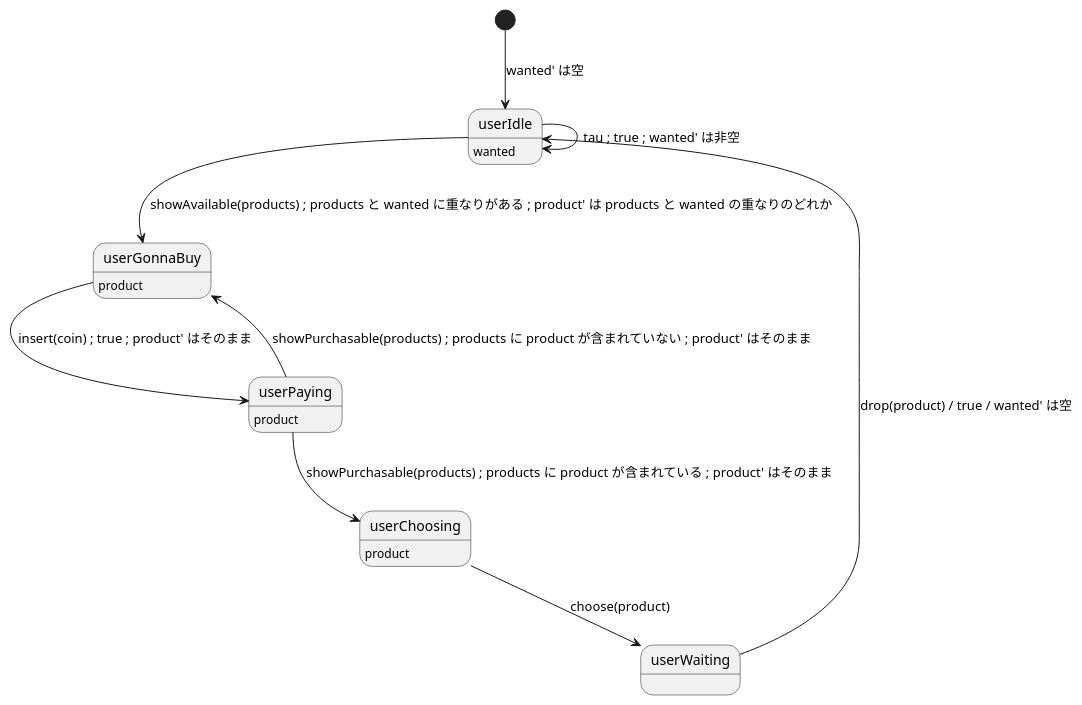
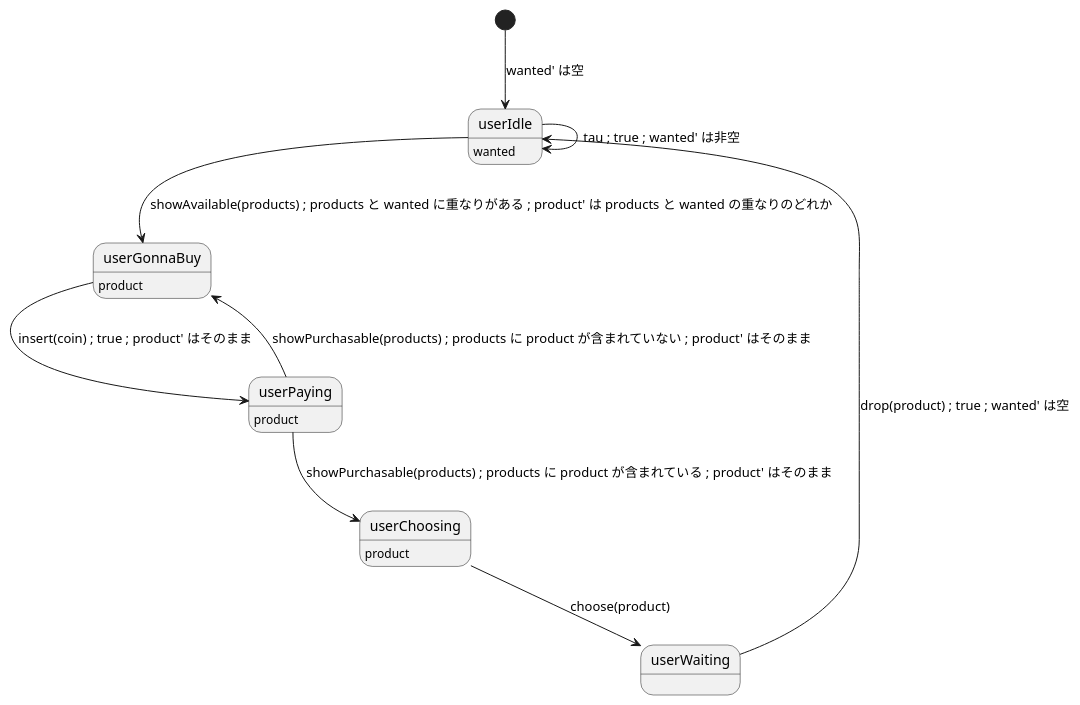
Before and after one commit to Kuniwak/puml-parallel: the diagram in examples/user.puml, drawn with PlantUML. The commit also changed 1 other file, not shown here.

```diff
--- a/examples/user.puml
+++ b/examples/user.puml
@@ -1,22 +1,22 @@
 @startuml
 
 state "userIdle" as userIdle
 userIdle: wanted
 state "userGonnaBuy" as userGonnaBuy
 userGonnaBuy: product
 state "userPaying" as userPaying
 userPaying: product
 state "userChoosing" as userChoosing
 userChoosing: product
 state "userWaiting" as userWaiting
 
 [*] --> userIdle : wanted' は空
 userIdle --> userIdle : tau ; true ; wanted' は非空
 userIdle --> userGonnaBuy : showAvailable(products) ; products と wanted に重なりがある ; product' は products と wanted の重なりのどれか
 userGonnaBuy --> userPaying : insert(coin) ; true ; product' はそのまま
 userPaying --> userGonnaBuy : showPurchasable(products) ; products に product が含まれていない ; product' はそのまま
 userPaying --> userChoosing : showPurchasable(products) ; products に product が含まれている ; product' はそのまま
 userChoosing --> userWaiting : choose(product)
-userWaiting --> userIdle : drop(product) / true / wanted' は空
+userWaiting --> userIdle : drop(product) ; true ; wanted' は空
 
 @enduml
```
